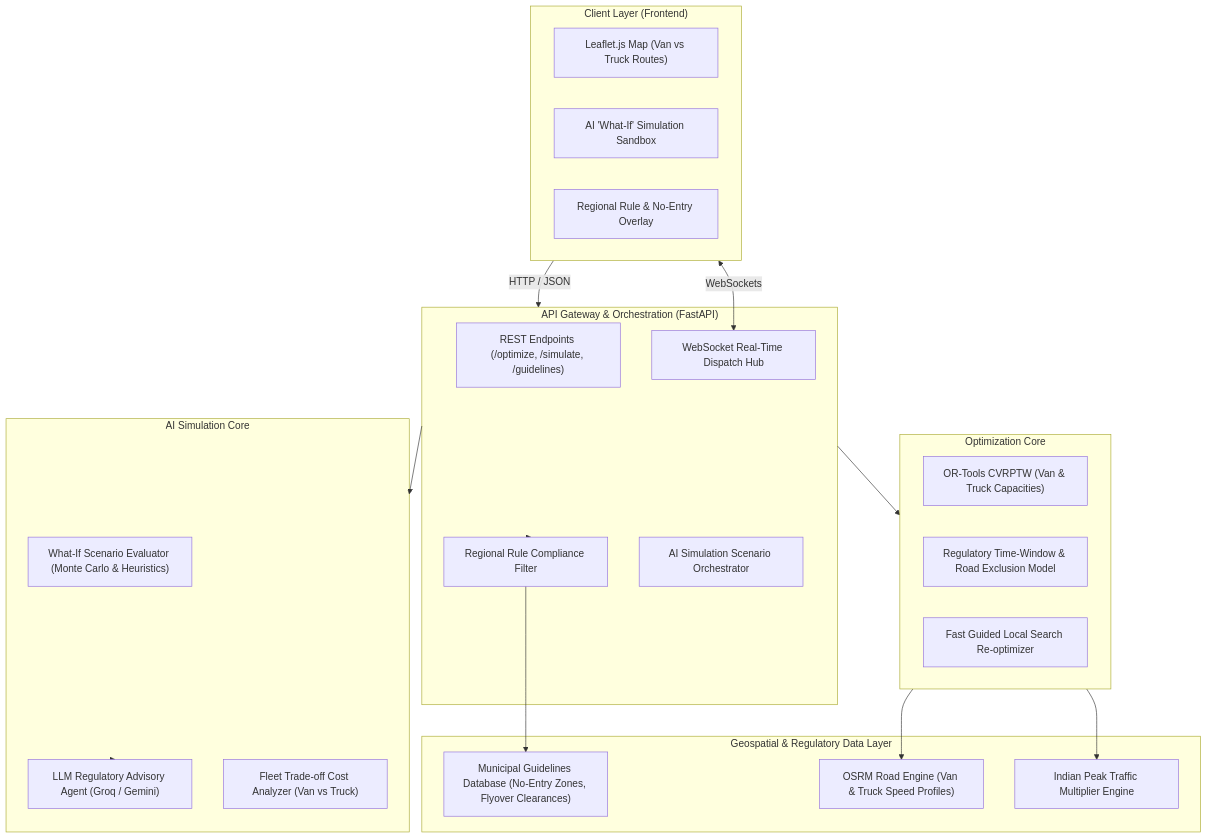
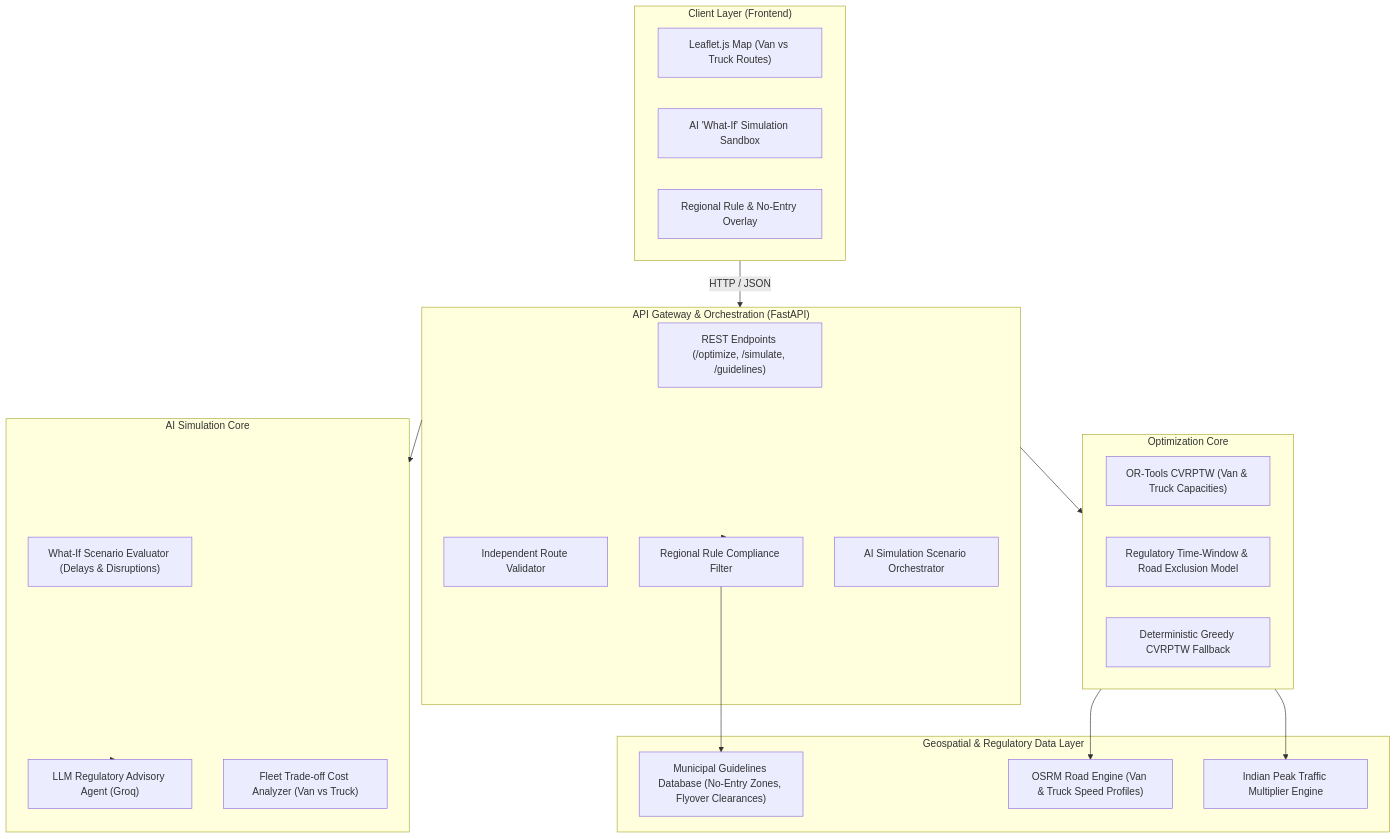
Before and after one commit to Sparsh566/RouteOpt: the diagram in plan.md, drawn with Mermaid. The commit also changed other lines of this file and 24 other files, not shown here.

Commit message:
feat: complete Phases 1-4: bug fixes (B1-B9), route validator, CI & tests, regulations

````diff
--- a/plan.md
+++ b/plan.md
@@ -65,43 +65,42 @@
 ```mermaid
 flowchart TD
     subgraph UI ["Client Layer (Frontend)"]
         A1["Leaflet.js Map (Van vs Truck Routes)"]
         A2["AI 'What-If' Simulation Sandbox"]
         A3["Regional Rule & No-Entry Overlay"]
     end
 
     subgraph GW ["API Gateway & Orchestration (FastAPI)"]
         B1["REST Endpoints (/optimize, /simulate, /guidelines)"]
-        B2["WebSocket Real-Time Dispatch Hub"]
+        B2["Independent Route Validator"]
         B3["Regional Rule Compliance Filter"]
         B4["AI Simulation Scenario Orchestrator"]
     end
 
     subgraph SIM ["AI Simulation Core"]
-        C1["What-If Scenario Evaluator (Monte Carlo & Heuristics)"]
-        C2["LLM Regulatory Advisory Agent (Groq / Gemini)"]
+        C1["What-If Scenario Evaluator (Delays & Disruptions)"]
+        C2["LLM Regulatory Advisory Agent (Groq)"]
         C3["Fleet Trade-off Cost Analyzer (Van vs Truck)"]
     end
 
     subgraph ENGINE ["Optimization Core"]
         D1["OR-Tools CVRPTW (Van & Truck Capacities)"]
         D2["Regulatory Time-Window & Road Exclusion Model"]
-        D3["Fast Guided Local Search Re-optimizer"]
+        D3["Deterministic Greedy CVRPTW Fallback"]
     end
 
     subgraph DATA ["Geospatial & Regulatory Data Layer"]
         E1["OSRM Road Engine (Van & Truck Speed Profiles)"]
         E2["Municipal Guidelines Database (No-Entry Zones, Flyover Clearances)"]
         E3["Indian Peak Traffic Multiplier Engine"]
     end
 
     UI -->|HTTP / JSON| GW
-    UI <-->|WebSockets| B2
     GW --> B3
     B3 --> E2
     GW --> SIM
     SIM --> C2
     GW --> ENGINE
     ENGINE --> E1
     ENGINE --> E3
 ```
````
